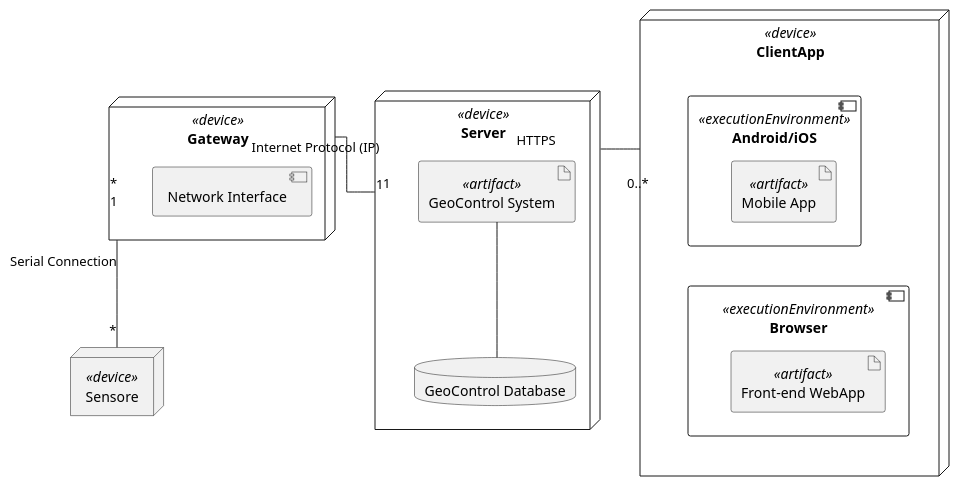
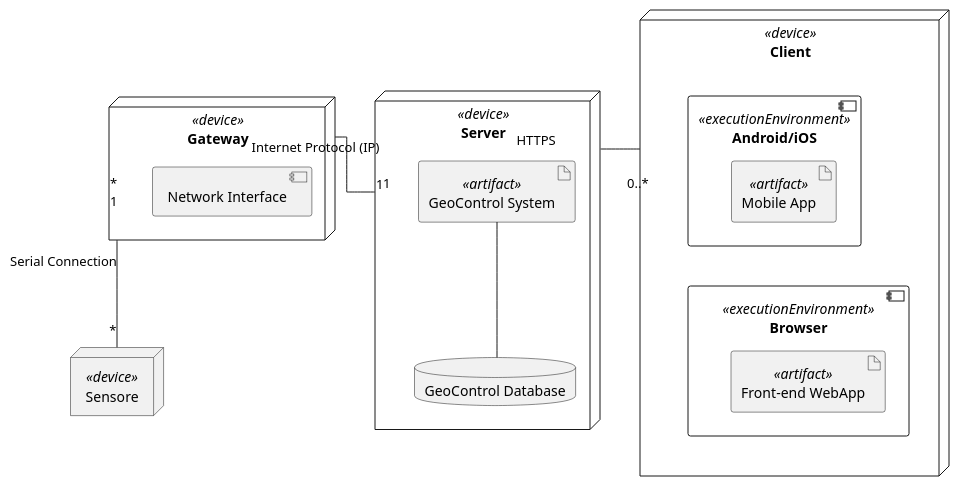
Before and after one commit to luigiaceto/geocontrol: the fourth of 4 diagrams in doc/Requirements.md, drawn with PlantUML. The commit also changed other lines of this file and 2 other files, not shown here.

````diff
--- a/doc/Requirements.md
+++ b/doc/Requirements.md
@@ -2437,40 +2441,40 @@
 ``` plantuml
 
 @startuml
 skinparam linetype polyline
 skinparam linetype ortho
 
 
 node "Server" <<device>> as Server {
     artifact "GeoControl System" <<artifact>> as GCS
 
     database "GeoControl Database" as DB
 }
 
 node Gateway <<device>> {
     component "Network Interface"
 }
 
 node Sensore <<device>>
 
-node ClientApp <<device>> {
+node Client <<device>> {
     component Browser <<executionEnvironment>> as Browser {
         artifact "Front-end WebApp" <<artifact>> as FE
     }
 
     component "Android/iOS" <<executionEnvironment>> as Mobile {
         artifact "Mobile App" <<artifact>>
     }
 
 }
 
 GCS -d- DB
 
 Server "1" -l- "*" Gateway: Internet Protocol (IP)
 Gateway "1" -d- "*" Sensore: Serial Connection
-Server "1" -r- "0..*" ClientApp: HTTPS
+Server "1" -r- "0..*" Client: HTTPS
 
 Browser -u[hidden]- Mobile
 @enduml
 
 ```
````
